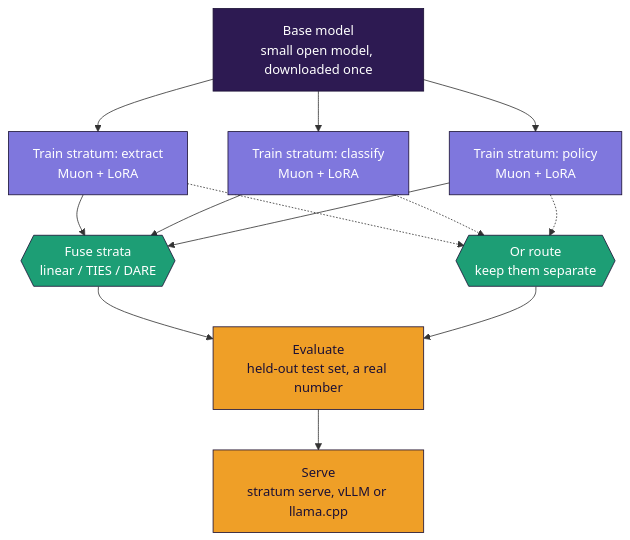
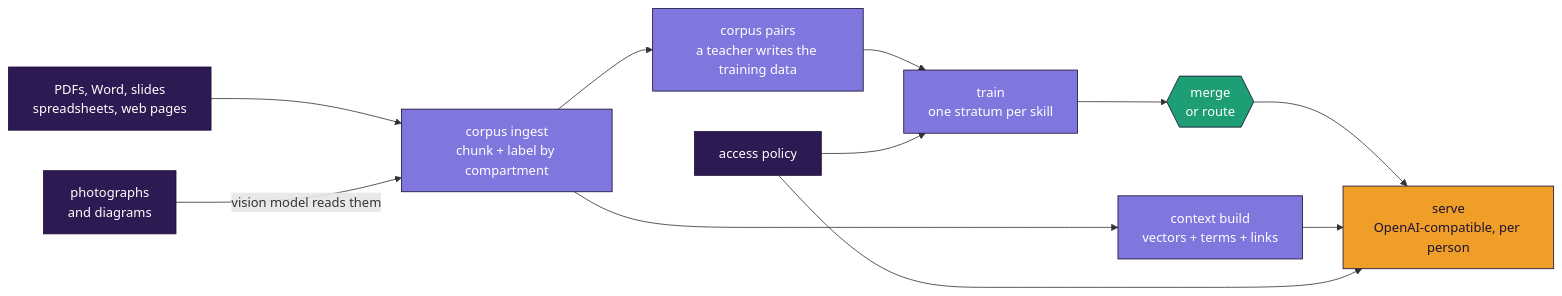
Before and after one commit to kapoorsunny/stratum: the diagram in README.md, drawn with Mermaid. The commit also changed other lines of this file and 5 other files, not shown here.

````diff
--- a/README.md
+++ b/README.md
@@ -113,25 +62,24 @@
 ```mermaid
-flowchart TD
-    B[Base model<br/>small open model, downloaded once]
-    B --> T1[Train stratum: extract<br/>Muon + LoRA]
-    B --> T2[Train stratum: classify<br/>Muon + LoRA]
-    B --> T3[Train stratum: policy<br/>Muon + LoRA]
-    T1 --> M{{Fuse strata<br/>linear / TIES / DARE}}
-    T2 --> M
-    T3 --> M
-    T1 -.-> R{{Or route<br/>keep them separate}}
-    T2 -.-> R
-    T3 -.-> R
-    M --> E[Evaluate<br/>held-out test set, a real number]
-    R --> E
-    E --> S[Serve<br/>stratum serve, vLLM or llama.cpp]
+flowchart LR
+    D[PDFs, Word, slides<br/>spreadsheets, web pages]
+    I[photographs<br/>and diagrams]
+    D --> C[corpus ingest<br/>chunk + label by compartment]
+    I -- vision model reads them --> C
+    C --> P[corpus pairs<br/>a teacher writes the training data]
+    C --> X[context build<br/>vectors + terms + links]
+    P --> T[train<br/>one stratum per skill]
+    T --> M{{merge<br/>or route}}
+    M --> S[serve<br/>OpenAI-compatible, per person]
+    X --> S
+    A[access policy] --> S
+    A --> T
 
-    classDef base fill:#2d1a52,stroke:#1b1035,color:#fff
-    classDef tile fill:#7F77DD,stroke:#1b1035,color:#fff
+    classDef src fill:#2d1a52,stroke:#1b1035,color:#fff
+    classDef mid fill:#7F77DD,stroke:#1b1035,color:#fff
     classDef fuse fill:#1D9E75,stroke:#1b1035,color:#fff
     classDef out fill:#EF9F27,stroke:#1b1035,color:#1b1035
-    class B base
-    class T1,T2,T3 tile
-    class M,R fuse
-    class E,S out
+    class D,I,A src
+    class C,P,X,T mid
+    class M fuse
+    class S out
 ```
````
